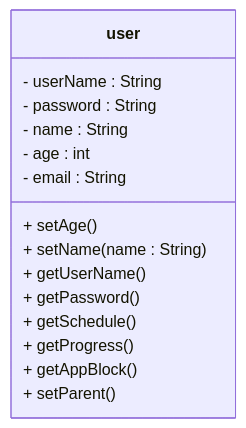
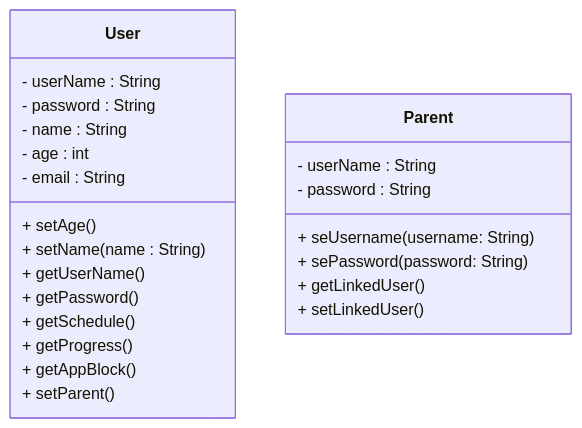
One commit to anony-hunter/test changed the diagram in UML.md. Above: the diagram before and after it, drawn with Mermaid.

````diff
--- a/UML.md
+++ b/UML.md
@@ -1,22 +1,33 @@
 ```mermaid
 
 classDiagram
 
-class user{
+class User{
     - userName : String
     - password : String
     - name : String
     - age : int
     - email : String
-    +  setAge( )
-    +  setName(name : String)
-    +  getUserName()
-    +  getPassword()
-    +  getSchedule()
-    +  getProgress()
-    +  getAppBlock()
-    +  setParent()
+    + setAge( )
+    + setName(name : String)
+    + getUserName()
+    + getPassword()
+    + getSchedule()
+    + getProgress()
+    + getAppBlock()
+    + setParent()
+
+}
+
+
+class Parent{
+    - userName : String
+    - password : String
+    + seUsername(username: String)
+    + sePassword(password: String)
+    + getLinkedUser()
+    + setLinkedUser()
 
 }
 
 ```
````
